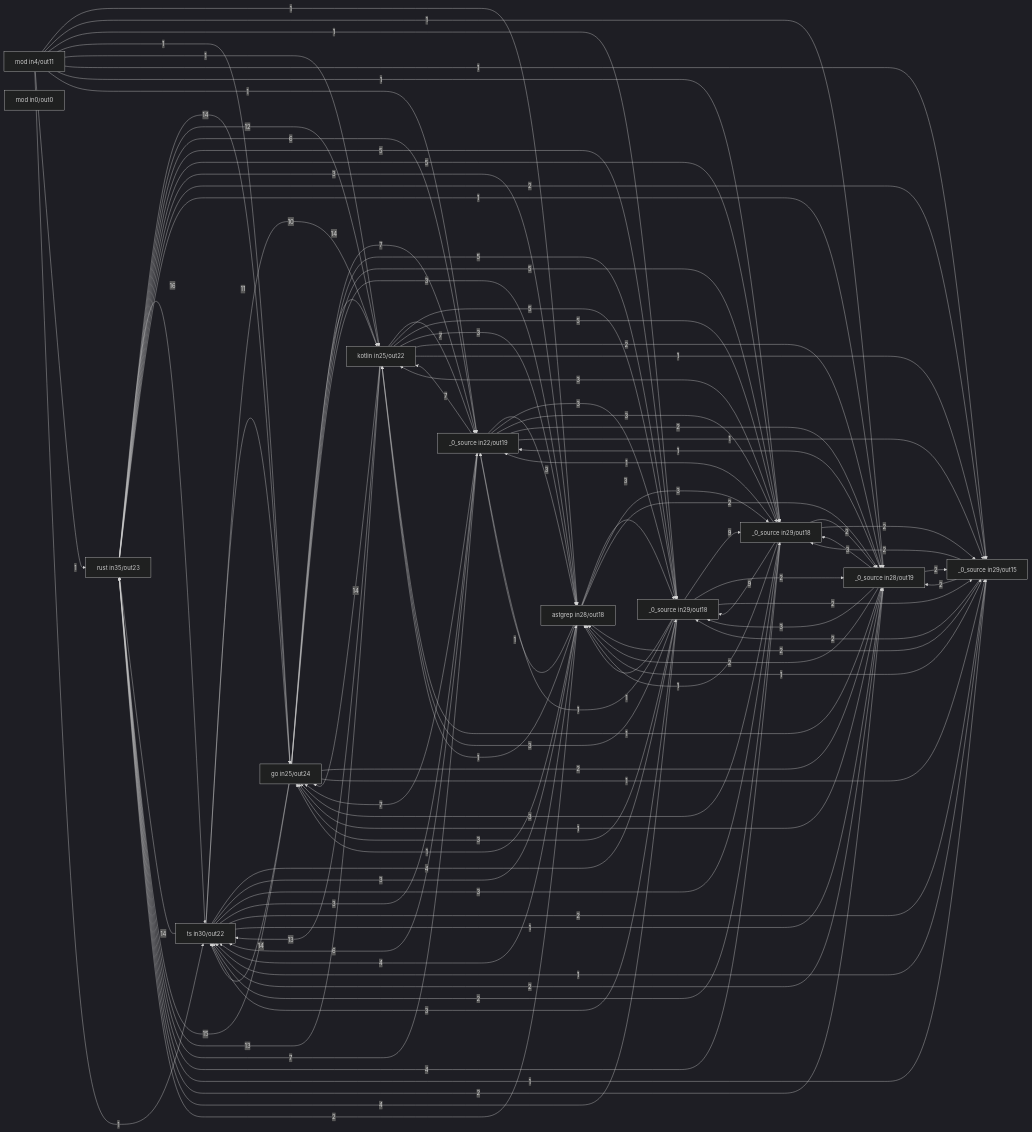
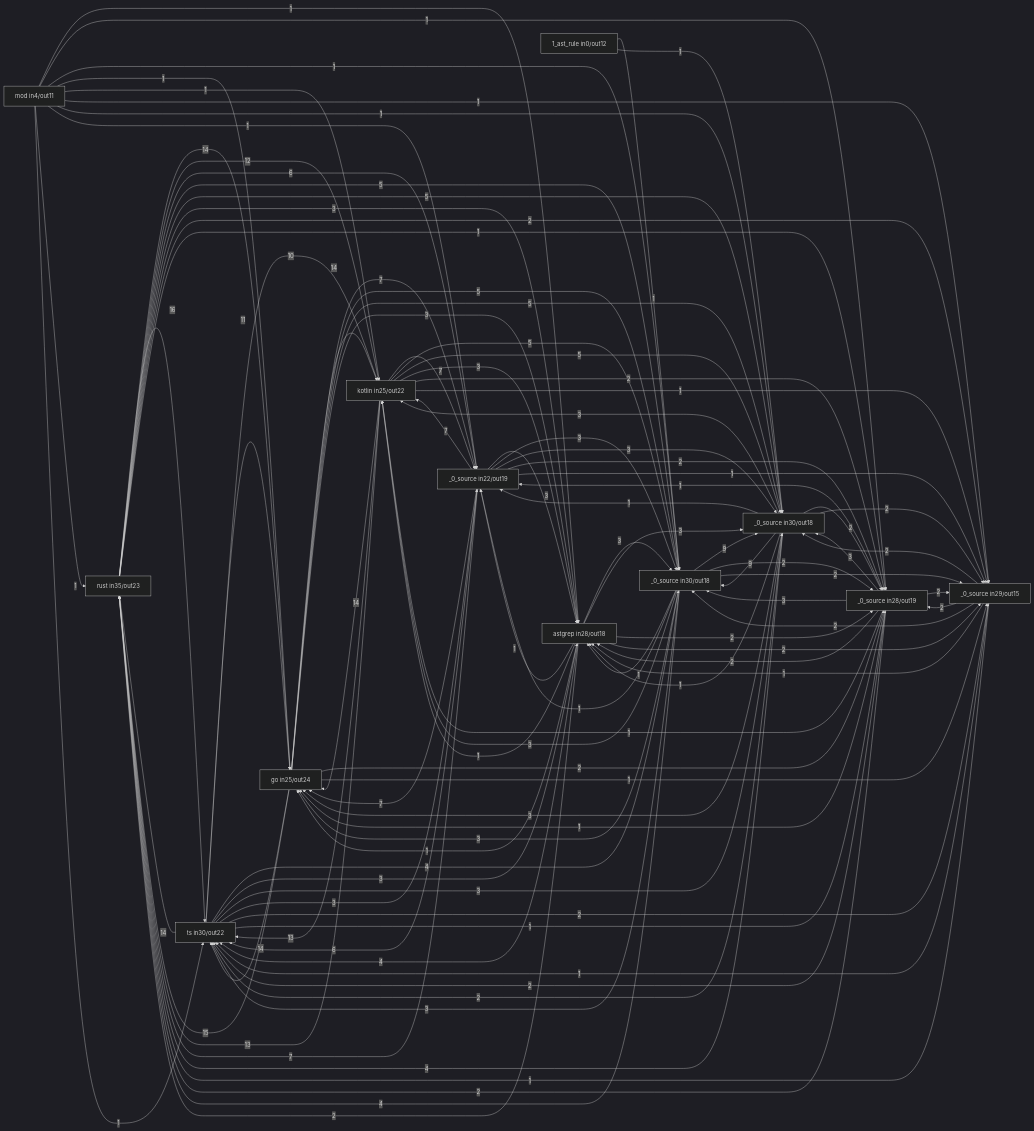
Before and after one commit to hafley66/sprefa: the third of 5 diagrams in docs/selfdoc/extract.md, drawn with Mermaid (dark theme). The commit also changed other lines of this file and 10 other files, not shown here.

```diff
--- a/docs/selfdoc/extract.md
+++ b/docs/selfdoc/extract.md
@@ -142,8 +142,8 @@
 flowchart LR
   n1["rust  in35/out23"]
   n2["ts  in30/out22"]
-  n3["_0_source  in29/out18"]
-  n4["_0_source  in29/out18"]
+  n3["_0_source  in30/out18"]
+  n4["_0_source  in30/out18"]
   n5["_0_source  in29/out15"]
   n6["_0_source  in28/out19"]
   n7["astgrep  in28/out18"]
@@ -151,7 +151,7 @@
   n9["kotlin  in25/out22"]
   n10["_0_source  in22/out19"]
   n11["mod  in4/out11"]
-  n12["mod  in0/out0"]
+  n12["1_ast_rule  in0/out12"]
   n1 -->|16| n2
   n8 -->|15| n1
   n8 -->|14| n9
@@ -221,6 +221,8 @@
   n10 -->|2| n6
   n1 -->|2| n5
   n2 -->|2| n5
+  n12 -->|1| n4
+  n12 -->|1| n3
   n7 -->|1| n8
   n7 -->|1| n9
   n7 -->|1| n10
```
